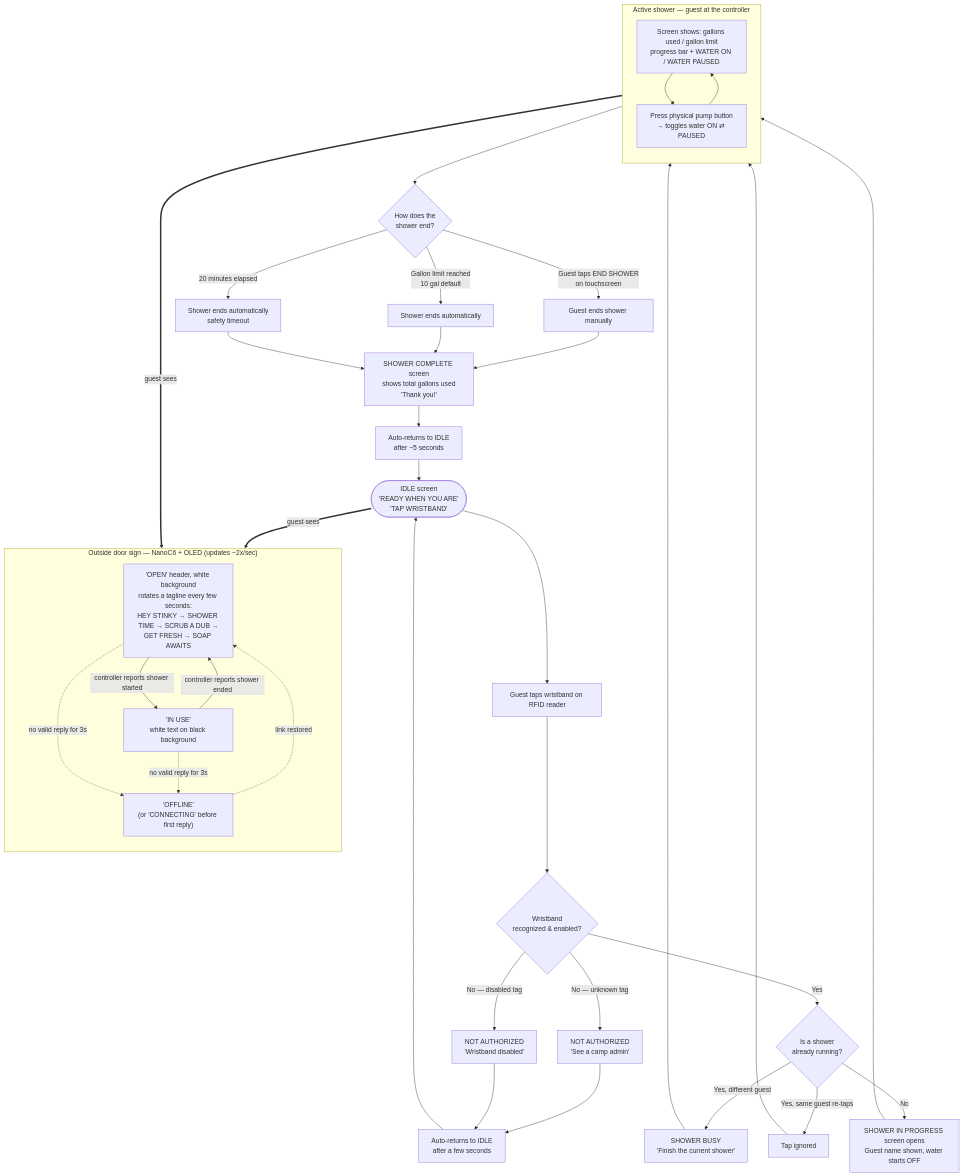
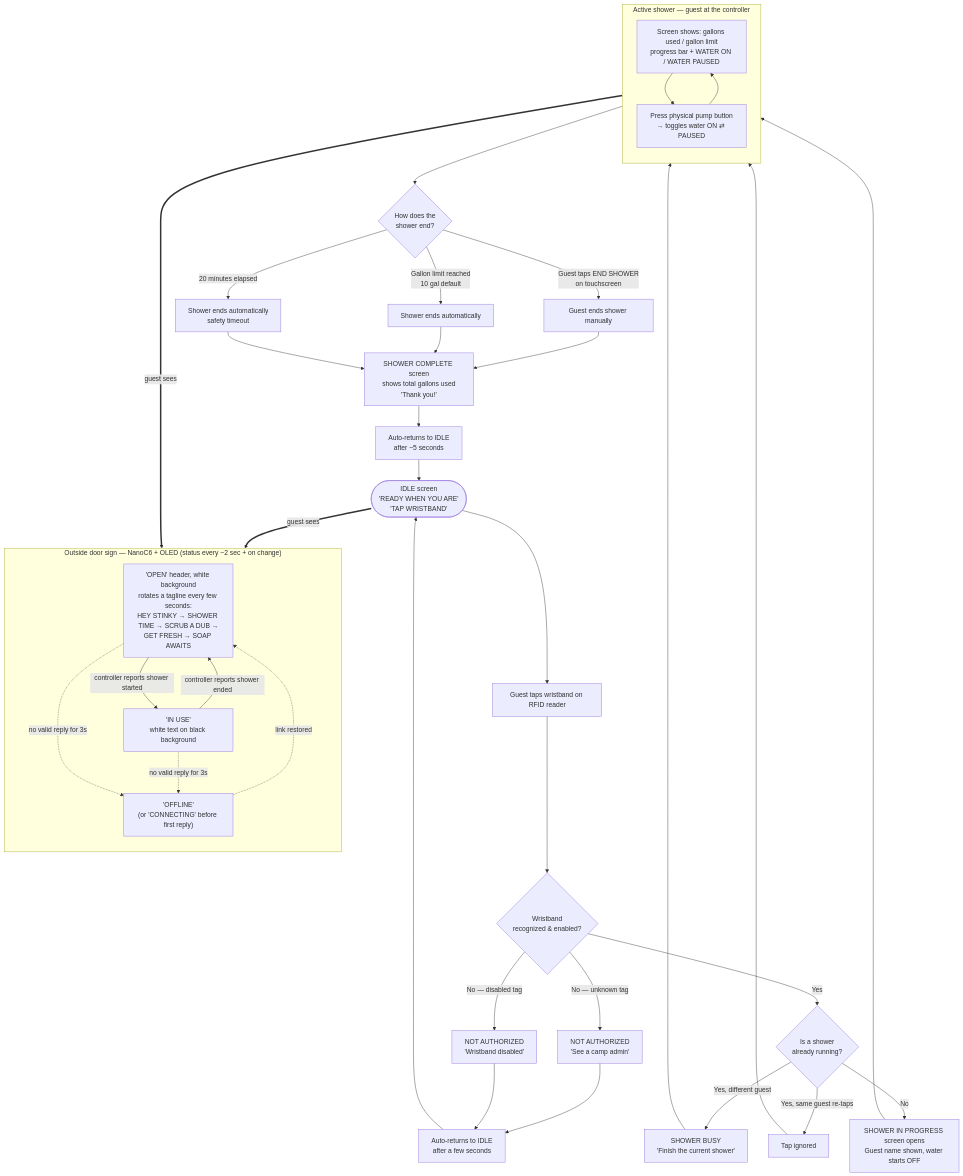
The diagram in assets/user-operation-flowchart.mmd (EricRollei/Burningman_Camp_Shower_Control), drawn with Mermaid before and after one commit. The commit also changed 5 other files, not shown here.

```diff
--- a/assets/user-operation-flowchart.mmd
+++ b/assets/user-operation-flowchart.mmd
@@ -1,59 +1,59 @@
 %% Camp Shower — User-Facing Operation Flow (with door sign states)
 %% Sources: firmware/shower-controller/src/main.cpp, firmware/door-display/src/main.cpp
 %% Render with the Mermaid Live Editor (https://mermaid.live) or the VS Code Mermaid preview.
 flowchart TD
     Idle(["IDLE screen\n'READY WHEN YOU ARE'\n'TAP WRISTBAND'"])
 
     Idle --> Tap[Guest taps wristband on RFID reader]
     Tap --> Check{Wristband\nrecognized & enabled?}
 
     Check -->|No — unknown tag| NotAuth1["NOT AUTHORIZED\n'See a camp admin'"]
     Check -->|No — disabled tag| NotAuth2["NOT AUTHORIZED\n'Wristband disabled'"]
     NotAuth1 --> BackIdle1[Auto-returns to IDLE\nafter a few seconds]
     NotAuth2 --> BackIdle1
 
     Check -->|Yes| Busy{Is a shower\nalready running?}
     Busy -->|Yes, different guest| ShowerBusy["SHOWER BUSY\n'Finish the current shower'"]
     ShowerBusy --> Active
     Busy -->|Yes, same guest re-taps| Ignore[Tap ignored]
     Ignore --> Active
     Busy -->|No| Start
 
     Start["SHOWER IN PROGRESS screen opens\nGuest name shown, water starts OFF"] --> Active
 
     subgraph Active["Active shower — guest at the controller"]
         direction TB
         A1["Screen shows: gallons used / gallon limit\nprogress bar + WATER ON / WATER PAUSED"]
         A2["Press physical pump button\n→ toggles water ON ⇄ PAUSED"]
         A1 --> A2 --> A1
     end
 
     Active --> EndCheck{How does the\nshower end?}
 
     EndCheck -->|Guest taps END SHOWER\non touchscreen| EndManual[Guest ends shower manually]
     EndCheck -->|Gallon limit reached\n10 gal default| EndLimit[Shower ends automatically]
     EndCheck -->|20 minutes elapsed| EndTimeout[Shower ends automatically\nsafety timeout]
 
     EndManual --> Complete
     EndLimit --> Complete
     EndTimeout --> Complete
 
     Complete["SHOWER COMPLETE screen\nshows total gallons used\n'Thank you!'"] --> BackIdle2[Auto-returns to IDLE\nafter ~5 seconds]
     BackIdle2 --> Idle
     BackIdle1 --> Idle
 
     %% ===================== Outside door sign =====================
-    subgraph DoorSign["Outside door sign — NanoC6 + OLED (updates ~2x/sec)"]
+    subgraph DoorSign["Outside door sign — NanoC6 + OLED (status every ~2 sec + on change)"]
         direction TB
         SignOpen["'OPEN' header, white background\nrotates a tagline every few seconds:\nHEY STINKY → SHOWER TIME → SCRUB A DUB →\nGET FRESH → SOAP AWAITS"]
         SignInUse["'IN USE'\nwhite text on black background"]
         SignOffline["'OFFLINE'\n(or 'CONNECTING' before first reply)"]
         SignOpen -->|controller reports shower started| SignInUse
         SignInUse -->|controller reports shower ended| SignOpen
         SignOpen -.no valid reply for 3s.-> SignOffline
         SignInUse -.no valid reply for 3s.-> SignOffline
         SignOffline -.link restored.-> SignOpen
     end
 
     Idle == guest sees ==> SignOpen
     Active == guest sees ==> SignInUse
```
